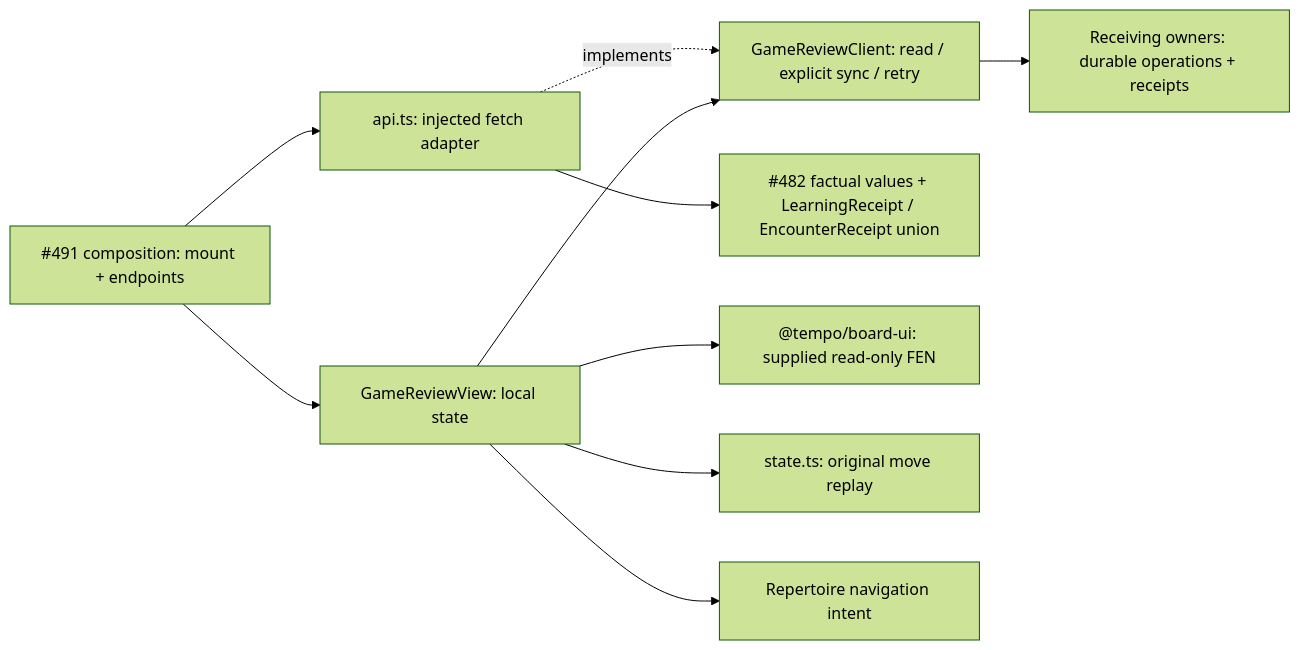
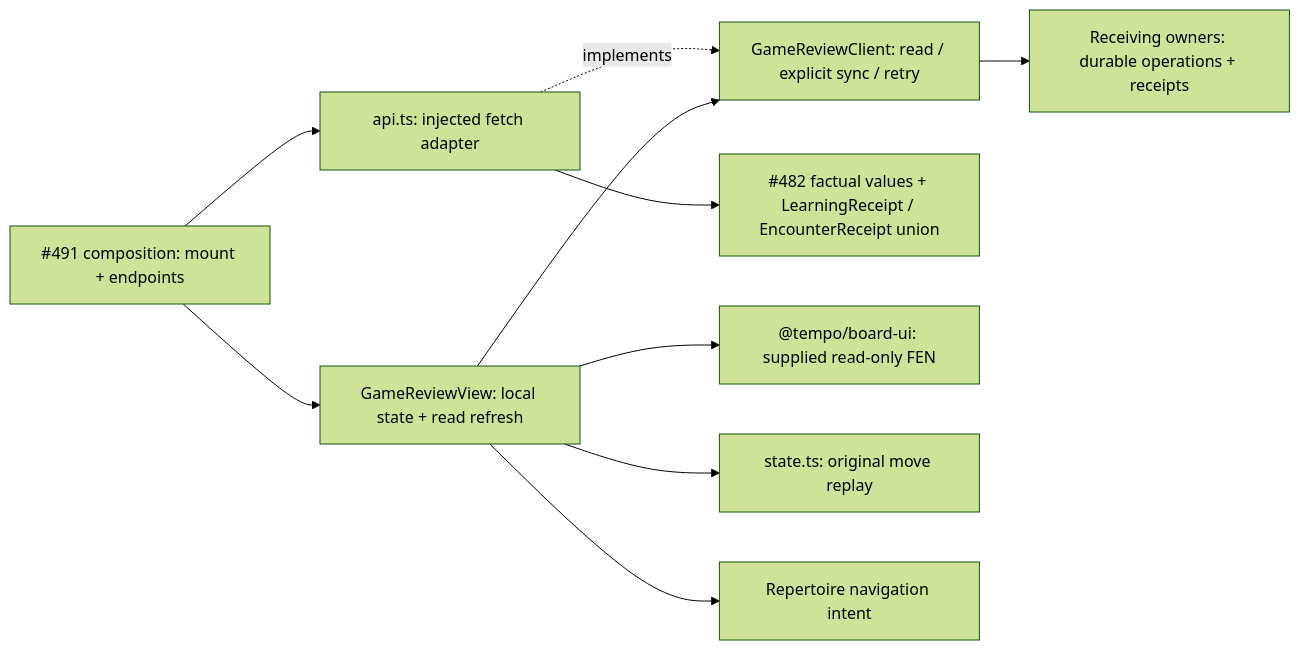
Before and after one commit to aaweaver-actuary/tempo: the diagram in app/features/game-review/README.md, drawn with Mermaid (forest theme). The commit also changed other lines of this file and 2 other files, not shown here.

Commit message:
feat(games): refresh review feedback and expose coverage gaps

````diff
--- a/app/features/game-review/README.md
+++ b/app/features/game-review/README.md
@@ -47,12 +77,12 @@
 ```mermaid
 flowchart LR
-  Composition["#491 composition: mount + endpoints"] --> View["GameReviewView: local state"]
+  Composition["#491 composition: mount + endpoints"] --> View["GameReviewView: local state + read refresh"]
   Composition --> HTTP["api.ts: injected fetch adapter"]
   View --> Port["GameReviewClient: read / explicit sync / retry"]
   HTTP -. implements .-> Port
   HTTP --> DTO["#482 factual values + LearningReceipt / EncounterReceipt union"]
   View --> Board["@tempo/board-ui: supplied read-only FEN"]
   View --> Replay["state.ts: original move replay"]
   View --> Intent["Repertoire navigation intent"]
   Port --> Owners["Receiving owners: durable operations + receipts"]
 ```
````
